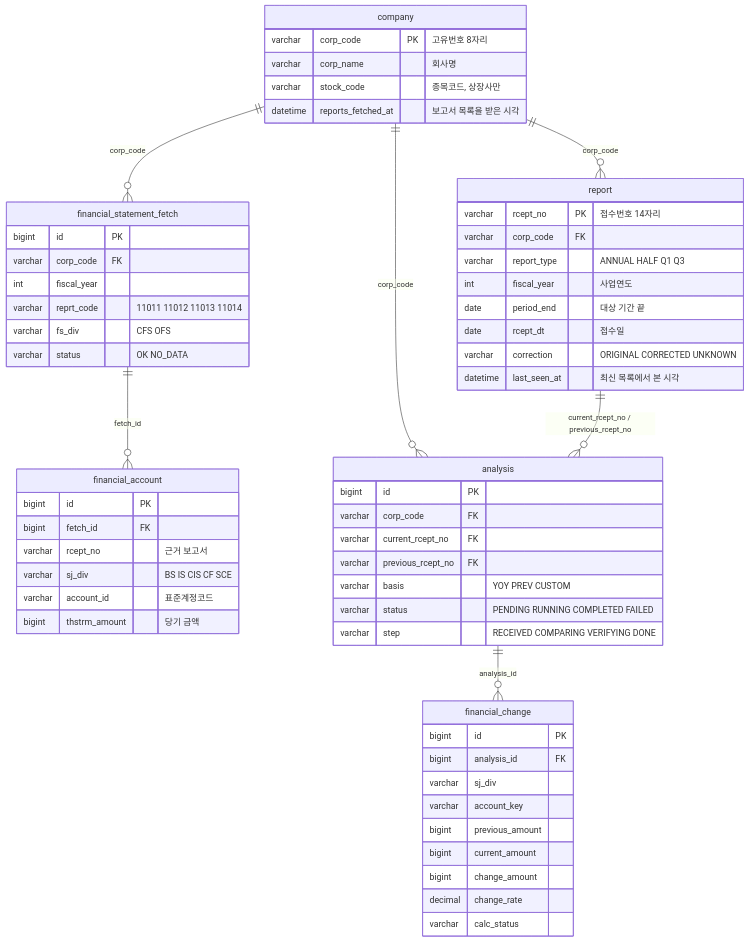
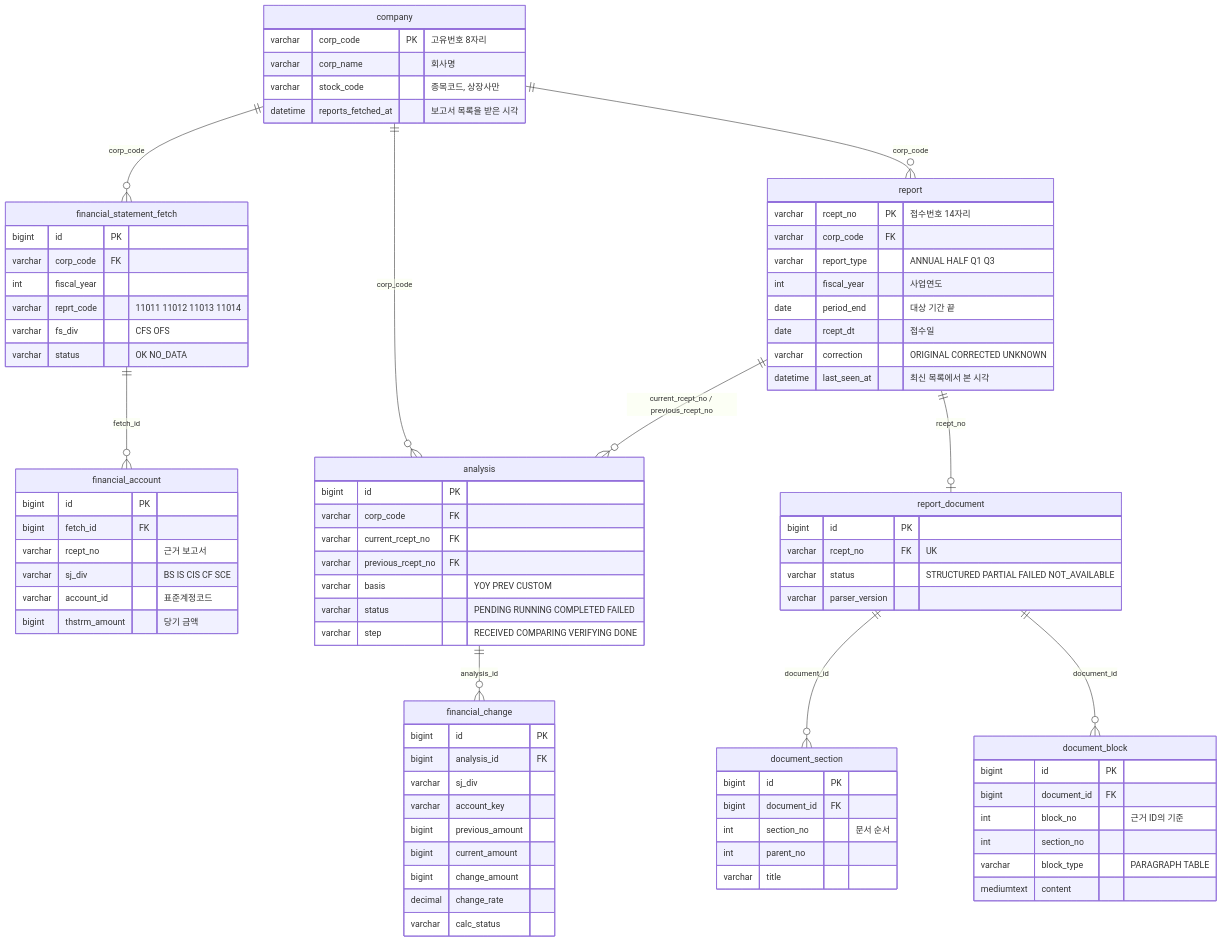
Before and after one commit to ShinhanDSProject/dart-insight: the diagram in docs/erd.md, drawn with Mermaid. The commit also changed other lines of this file and 34 other files, not shown here.

````diff
--- a/docs/erd.md
+++ b/docs/erd.md
@@ -33,6 +36,9 @@
     company ||--o{ analysis : "corp_code"
     report ||--o{ analysis : "current_rcept_no / previous_rcept_no"
     analysis ||--o{ financial_change : "analysis_id"
+    report ||--o| report_document : "rcept_no"
+    report_document ||--o{ document_section : "document_id"
+    report_document ||--o{ document_block : "document_id"
 
     company {
         varchar corp_code PK "고유번호 8자리"
@@ -86,4 +92,25 @@
         decimal change_rate
         varchar calc_status
     }
+    report_document {
+        bigint id PK
+        varchar rcept_no FK "UK"
+        varchar status "STRUCTURED PARTIAL FAILED NOT_AVAILABLE"
+        varchar parser_version
+    }
+    document_section {
+        bigint id PK
+        bigint document_id FK
+        int section_no "문서 순서"
+        int parent_no
+        varchar title
+    }
+    document_block {
+        bigint id PK
+        bigint document_id FK
+        int block_no "근거 ID의 기준"
+        int section_no
+        varchar block_type "PARAGRAPH TABLE"
+        mediumtext content
+    }
 ```
````
